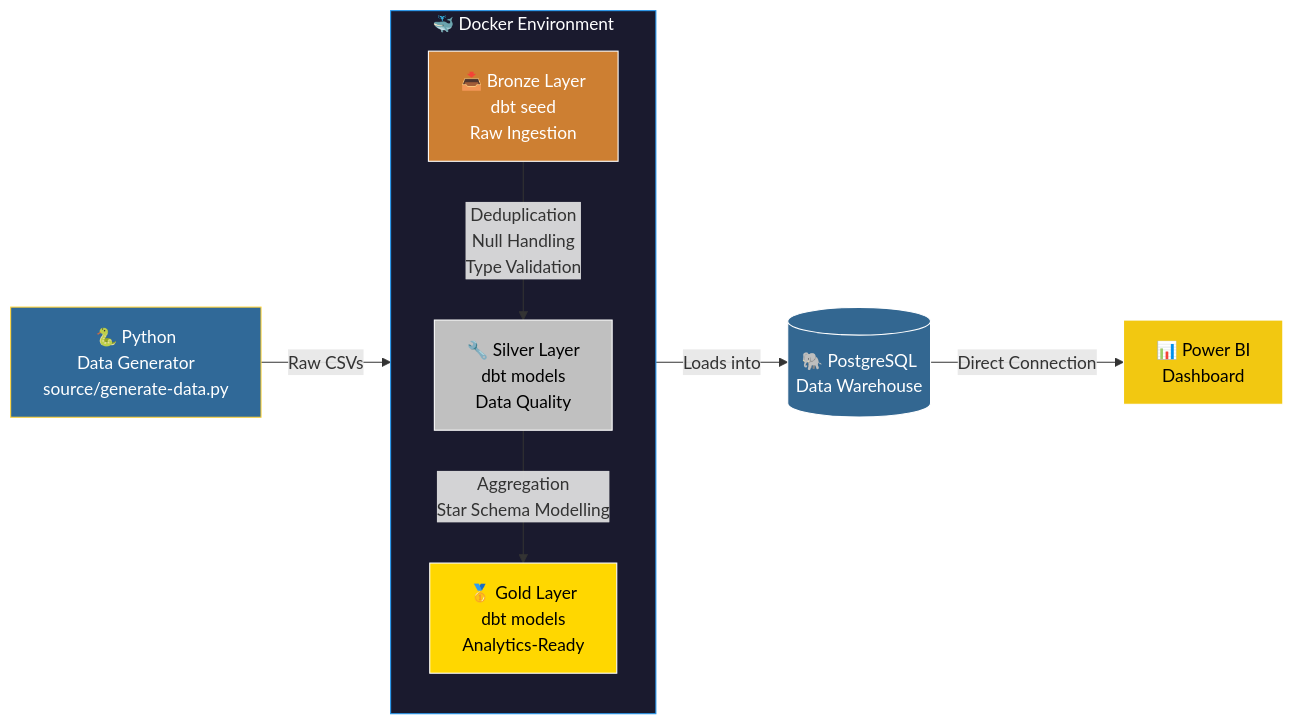
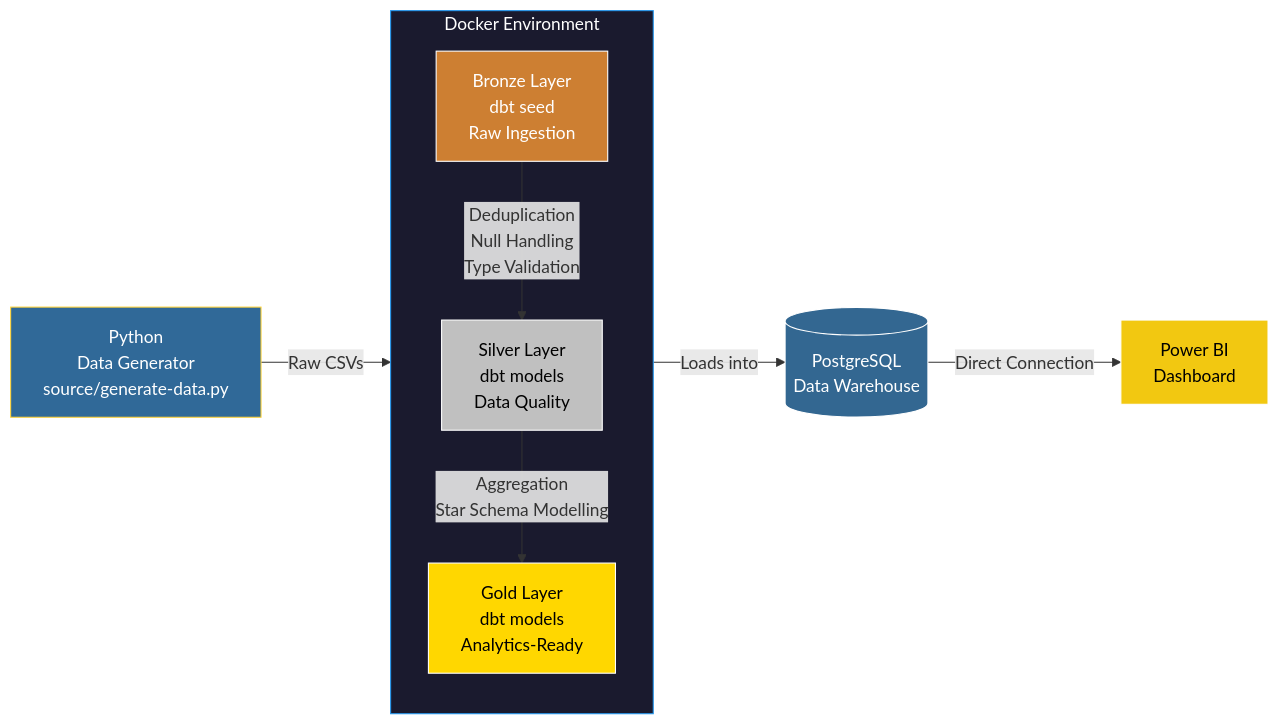
One commit to AtharvaKesare/E-Commerce-Analytics-Pipeline-Dashboard changed the diagram in README.md. Above: the diagram before and after it, drawn with Mermaid. The commit also changed other lines of this file, not shown here.

````diff
--- a/README.md
+++ b/README.md
@@ -15,22 +15,22 @@
 ```mermaid
 flowchart LR
-    A[🐍 Python\nData Generator\nsource/generate-data.py] -->|Raw CSVs| B
+    A[ Python\nData Generator\nsource/generate-data.py] -->|Raw CSVs| B
 
-    subgraph Docker["🐳 Docker Environment"]
+    subgraph Docker[" Docker Environment"]
         direction TB
-        B[📥 Bronze Layer\ndbt seed\nRaw Ingestion]
-        B -->|Deduplication\nNull Handling\nType Validation| C[🔧 Silver Layer\ndbt models\nData Quality]
-        C -->|Aggregation\nStar Schema Modelling| D[🥇 Gold Layer\ndbt models\nAnalytics-Ready]
+        B[ Bronze Layer\ndbt seed\nRaw Ingestion]
+        B -->|Deduplication\nNull Handling\nType Validation| C[ Silver Layer\ndbt models\nData Quality]
+        C -->|Aggregation\nStar Schema Modelling| D[ Gold Layer\ndbt models\nAnalytics-Ready]
     end
 
-    D -->|Loads into| E[(🐘 PostgreSQL\nData Warehouse)]
-    E -->|Direct Connection| F[📊 Power BI\nDashboard]
+    D -->|Loads into| E[( PostgreSQL\nData Warehouse)]
+    E -->|Direct Connection| F[ Power BI\nDashboard]
 
     style Docker fill:#1a1a2e,stroke:#2496ED,color:#fff
     style A fill:#306998,stroke:#FFD43B,color:#fff
     style B fill:#cd7f32,stroke:#fff,color:#fff
     style C fill:#C0C0C0,stroke:#fff,color:#000
     style D fill:#FFD700,stroke:#fff,color:#000
     style E fill:#336791,stroke:#fff,color:#fff
     style F fill:#F2C811,stroke:#fff,color:#000
 ```
````
